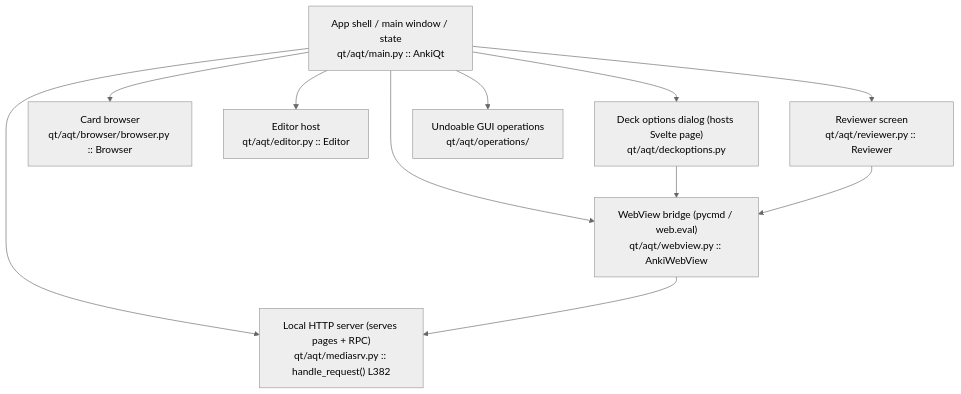
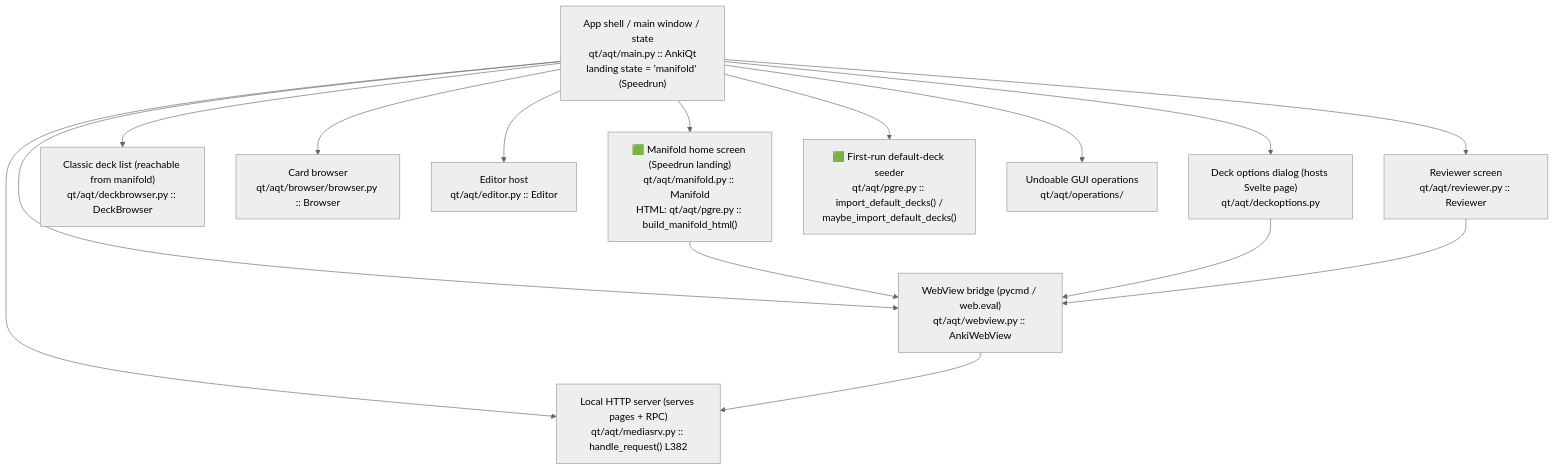
Before and after one commit to Gaurav-G141/anki: the seventh of 9 diagrams in CODE_MAP.md, drawn with Mermaid (neutral theme). The commit also changed other lines of this file and 26 other files, not shown here.

````diff
--- a/CODE_MAP.md
+++ b/CODE_MAP.md
@@ -172,14 +172,18 @@
 ```mermaid
 flowchart TD
-    MAIN["App shell / main window / state<br/>qt/aqt/main.py :: AnkiQt"]
+    MAIN["App shell / main window / state<br/>qt/aqt/main.py :: AnkiQt<br/>landing state = 'manifold' (Speedrun)"]
     MAIN --> MSRV["Local HTTP server (serves pages + RPC)<br/>qt/aqt/mediasrv.py :: handle_request() L382"]
     MAIN --> WV["WebView bridge (pycmd / web.eval)<br/>qt/aqt/webview.py :: AnkiWebView"]
+    MAIN --> MAN["🟩 Manifold home screen (Speedrun landing)<br/>qt/aqt/manifold.py :: Manifold<br/>HTML: qt/aqt/pgre.py :: build_manifold_html()"]
     MAIN --> REV["Reviewer screen<br/>qt/aqt/reviewer.py :: Reviewer"]
+    MAIN --> DB2["Classic deck list (reachable from manifold)<br/>qt/aqt/deckbrowser.py :: DeckBrowser"]
     MAIN --> BROW["Card browser<br/>qt/aqt/browser/browser.py :: Browser"]
     MAIN --> ED["Editor host<br/>qt/aqt/editor.py :: Editor"]
     MAIN --> DOPT["Deck options dialog (hosts Svelte page)<br/>qt/aqt/deckoptions.py"]
+    MAIN --> SEED["🟩 First-run default-deck seeder<br/>qt/aqt/pgre.py :: import_default_decks() /<br/>maybe_import_default_decks()"]
     MAIN --> OPS["Undoable GUI operations<br/>qt/aqt/operations/"]
     WV --> MSRV
+    MAN --> WV
     DOPT --> WV
     REV --> WV
 ```
````
